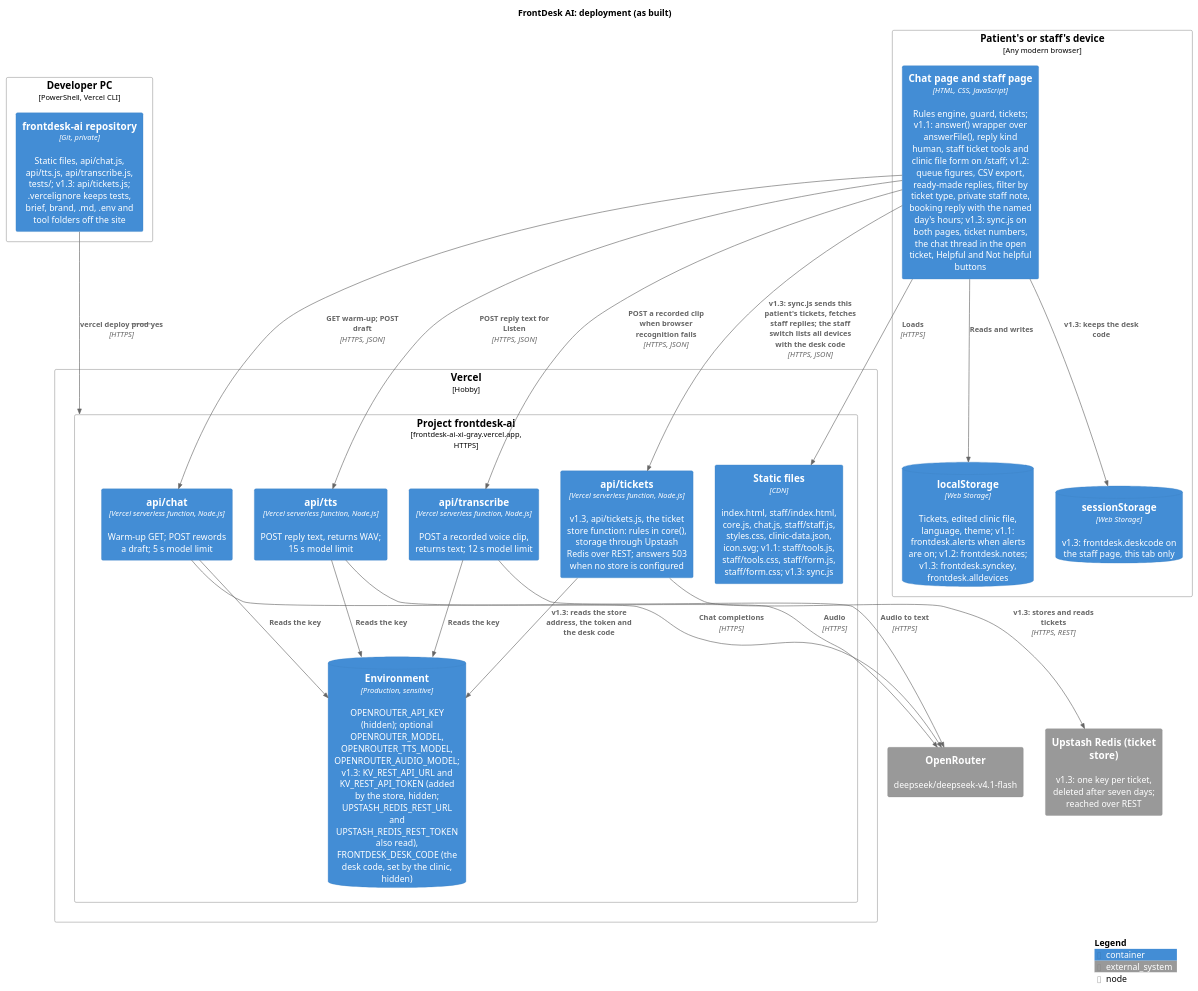
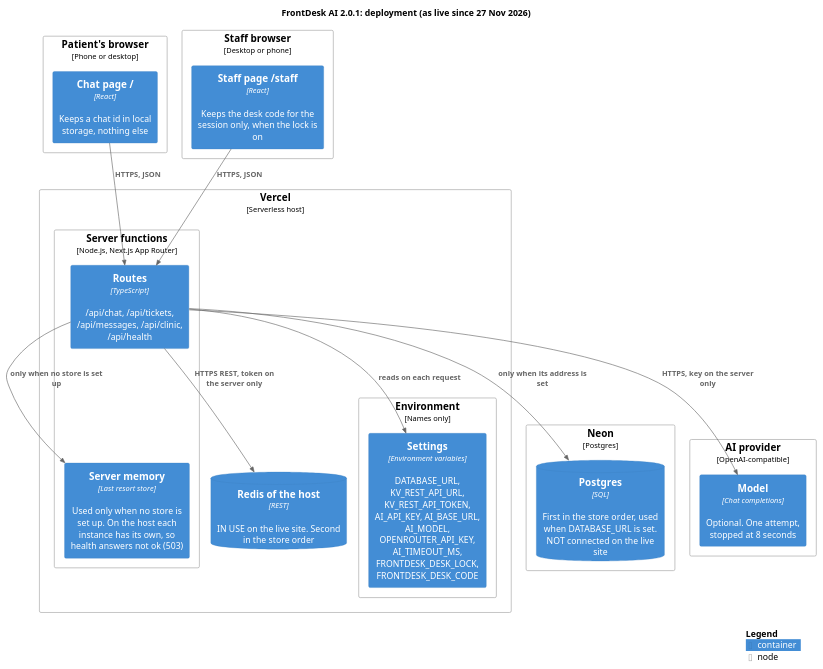
Before and after one commit to karwasanjay007/frontdesk-ai-docs: the diagram in docs/diagrams/deployment.puml, drawn with PlantUML. The commit also changed 47 other files, not shown here.

First line of the commit message:
Version 2.0.1: every document, journey and diagram rewritten from the rebuilt code

```diff
--- a/docs/diagrams/deployment.puml
+++ b/docs/diagrams/deployment.puml
@@ -1,47 +1,37 @@
 @startuml deployment
 !include <C4/C4_Deployment>
-title FrontDesk AI: deployment (as built)
+title FrontDesk AI 2.0.1: deployment (as live since 27 Nov 2026)
 
-Deployment_Node(dev, "Developer PC", "PowerShell, Vercel CLI") {
-  Container(src, "frontdesk-ai repository", "Git, private", "Static files, api/chat.js, api/tts.js, api/transcribe.js, tests/; v1.3: api/tickets.js; .vercelignore keeps tests, brief, brand, .md, .env and tool folders off the site")
+Deployment_Node(browserP, "Patient's browser", "Phone or desktop") {
+  Container(chat, "Chat page /", "React", "Keeps a chat id in local storage, nothing else")
+}
+Deployment_Node(browserS, "Staff browser", "Desktop or phone") {
+  Container(staffpage, "Staff page /staff", "React", "Keeps the desk code for the session only, when the lock is on")
+}
+Deployment_Node(host, "Vercel", "Serverless host") {
+  Deployment_Node(fn, "Server functions", "Node.js, Next.js App Router") {
+    Container(routes, "Routes", "TypeScript", "/api/chat, /api/tickets, /api/messages, /api/clinic, /api/health")
+    Container(memory, "Server memory", "Last resort store", "Used only when no store is set up. On the host each instance has its own, so health answers not ok (503)")
+  }
+  Deployment_Node(env, "Environment", "Names only") {
+    Container(vars, "Settings", "Environment variables", "DATABASE_URL, KV_REST_API_URL, KV_REST_API_TOKEN, AI_API_KEY, AI_BASE_URL, AI_MODEL, OPENROUTER_API_KEY, AI_TIMEOUT_MS, FRONTDESK_DESK_LOCK, FRONTDESK_DESK_CODE")
+  }
+  ContainerDb(redis, "Redis of the host", "REST", "IN USE on the live site. Second in the store order")
+}
+Deployment_Node(neon, "Neon", "Postgres") {
+  ContainerDb(postgres, "Postgres", "SQL", "First in the store order, used when DATABASE_URL is set. NOT connected on the live site")
+}
+Deployment_Node(aihost, "AI provider", "OpenAI-compatible") {
+  Container(model, "Model", "Chat completions", "Optional. One attempt, stopped at 8 seconds")
 }
 
-Deployment_Node(vercel, "Vercel", "Hobby") {
-  Deployment_Node(proj, "Project frontdesk-ai", "frontdesk-ai-xi-gray.vercel.app, HTTPS") {
-    Container(static, "Static files", "CDN", "index.html, staff/index.html, core.js, chat.js, staff/staff.js, styles.css, clinic-data.json, icon.svg; v1.1: staff/tools.js, staff/tools.css, staff/form.js, staff/form.css; v1.3: sync.js")
-    Container(fn, "api/chat", "Vercel serverless function, Node.js", "Warm-up GET; POST rewords a draft; 5 s model limit")
-    Container(tts, "api/tts", "Vercel serverless function, Node.js", "POST reply text, returns WAV; 15 s model limit")
-    Container(transcribe, "api/transcribe", "Vercel serverless function, Node.js", "POST a recorded voice clip, returns text; 12 s model limit")
-    Container(ticketsfn, "api/tickets", "Vercel serverless function, Node.js", "v1.3, api/tickets.js, the ticket store function: rules in core(), storage through Upstash Redis over REST; answers 503 when no store is configured")
-    ContainerDb(env, "Environment", "Production, sensitive", "OPENROUTER_API_KEY (hidden); optional OPENROUTER_MODEL, OPENROUTER_TTS_MODEL, OPENROUTER_AUDIO_MODEL; v1.3: KV_REST_API_URL and KV_REST_API_TOKEN (added by the store, hidden; UPSTASH_REDIS_REST_URL and UPSTASH_REDIS_REST_TOKEN also read), FRONTDESK_DESK_CODE (the desk code, set by the clinic, hidden)")
-  }
-}
-
-Deployment_Node(device, "Patient's or staff's device", "Any modern browser") {
-  Container(pages, "Chat page and staff page", "HTML, CSS, JavaScript", "Rules engine, guard, tickets; v1.1: answer() wrapper over answerFile(), reply kind human, staff ticket tools and clinic file form on /staff; v1.2: queue figures, CSV export, ready-made replies, filter by ticket type, private staff note, booking reply with the named day's hours; v1.3: sync.js on both pages, ticket numbers, the chat thread in the open ticket, Helpful and Not helpful buttons")
-  ContainerDb(ls, "localStorage", "Web Storage", "Tickets, edited clinic file, language, theme; v1.1: frontdesk.alerts when alerts are on; v1.2: frontdesk.notes; v1.3: frontdesk.synckey, frontdesk.alldevices")
-  ContainerDb(ss, "sessionStorage", "Web Storage", "v1.3: frontdesk.deskcode on the staff page, this tab only")
-}
-
-System_Ext(openrouter, "OpenRouter", "deepseek/deepseek-v4.1-flash")
-System_Ext(upstash, "Upstash Redis (ticket store)", "v1.3: one key per ticket, deleted after seven days; reached over REST")
-
-Rel(src, proj, "vercel deploy --prod --yes", "HTTPS")
-Rel(pages, static, "Loads", "HTTPS")
-Rel(pages, fn, "GET warm-up; POST draft", "HTTPS, JSON")
-Rel(pages, tts, "POST reply text for Listen", "HTTPS, JSON")
-Rel(tts, env, "Reads the key")
-Rel(tts, openrouter, "Audio", "HTTPS")
-Rel(pages, transcribe, "POST a recorded clip when browser recognition fails", "HTTPS, JSON")
-Rel(transcribe, env, "Reads the key")
-Rel(transcribe, openrouter, "Audio to text", "HTTPS")
-Rel(fn, env, "Reads the key")
-Rel(fn, openrouter, "Chat completions", "HTTPS")
-Rel(pages, ls, "Reads and writes")
-Rel(pages, ss, "v1.3: keeps the desk code")
-Rel(pages, ticketsfn, "v1.3: sync.js sends this patient's tickets, fetches staff replies; the staff switch lists all devices with the desk code", "HTTPS, JSON")
-Rel(ticketsfn, env, "v1.3: reads the store address, the token and the desk code")
-Rel(ticketsfn, upstash, "v1.3: stores and reads tickets", "HTTPS, REST")
+Rel(chat, routes, "HTTPS, JSON")
+Rel(staffpage, routes, "HTTPS, JSON")
+Rel(routes, vars, "reads on each request")
+Rel(routes, redis, "HTTPS REST, token on the server only")
+Rel(routes, postgres, "only when its address is set")
+Rel(routes, model, "HTTPS, key on the server only")
+Rel(routes, memory, "only when no store is set up")
 
 SHOW_LEGEND()
 @enduml
```
